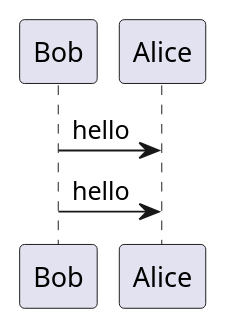
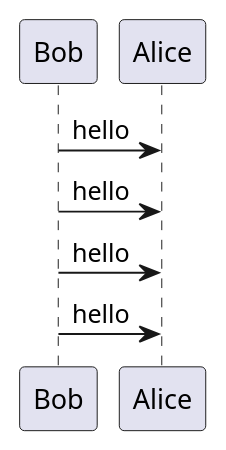
Before and after one commit to ryota0624/puml-comment-action: the diagram in service.puml, drawn with PlantUML. The commit also changed 1 other file, not shown here.

```diff
--- a/service.puml
+++ b/service.puml
@@ -1,5 +1,7 @@
 @startuml
+Bob -> Alice : hello
+Bob -> Alice : hello
 Bob -> Alice : hello
 Bob -> Alice : hello
 
 @enduml
```
